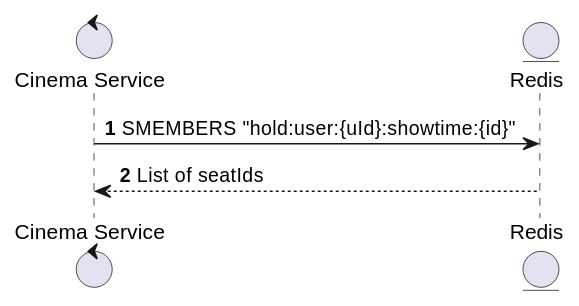
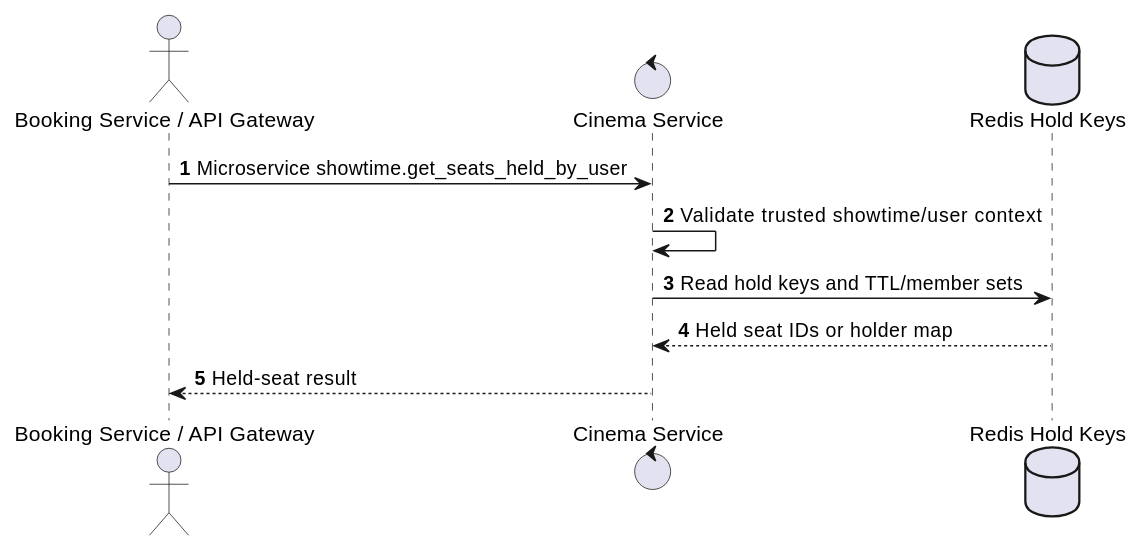
Before and after one commit to Tanh1603/movie-hub-architecture: the first of 2 diagrams in docs/functional_specs/3.5.3_Real-time_Seat_Selection/RT-06_Get_User_Held_Seats.md, drawn with PlantUML. The commit also changed other lines of this file and 126 other files, not shown here.

````diff
--- a/docs/functional_specs/3.5.3_Real-time_Seat_Selection/RT-06_Get_User_Held_Seats.md
+++ b/docs/functional_specs/3.5.3_Real-time_Seat_Selection/RT-06_Get_User_Held_Seats.md
@@ -17,10 +17,14 @@
 ```plantuml
 @startuml
 autonumber
-control "Cinema Service" as CS
-entity "Redis" as R
+actor "Booking Service / API Gateway" as Actor
+control "Cinema Service" as SVC
+database "Redis Hold Keys" as Hold
 
-CS -> R: SMEMBERS "hold:user:{uId}:showtime:{id}"
-R --> CS: List of seatIds
+Actor -> SVC: Microservice showtime.get_seats_held_by_user
+SVC -> SVC: Validate trusted showtime/user context
+SVC -> Hold: Read hold keys and TTL/member sets
+Hold --> SVC: Held seat IDs or holder map
+SVC --> Actor: Held-seat result
 @enduml
 ```
````
